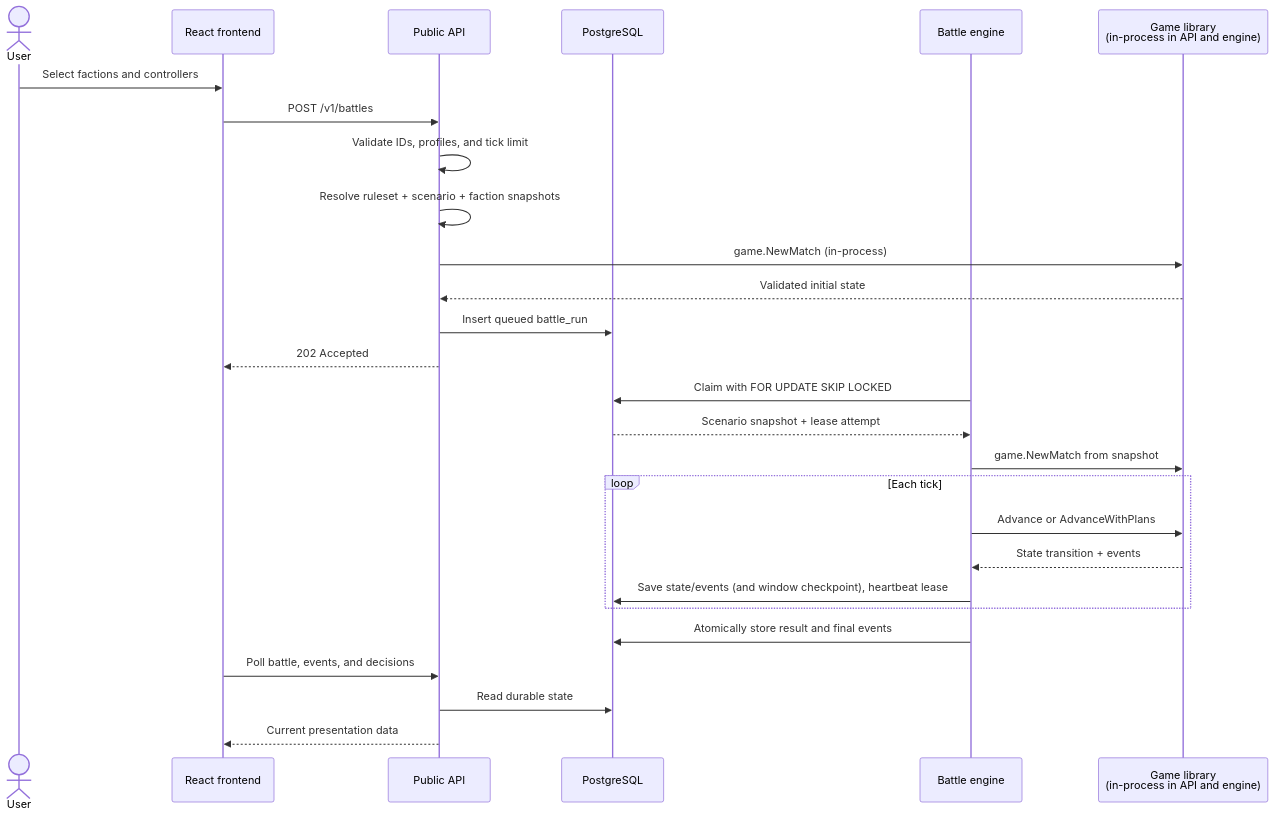
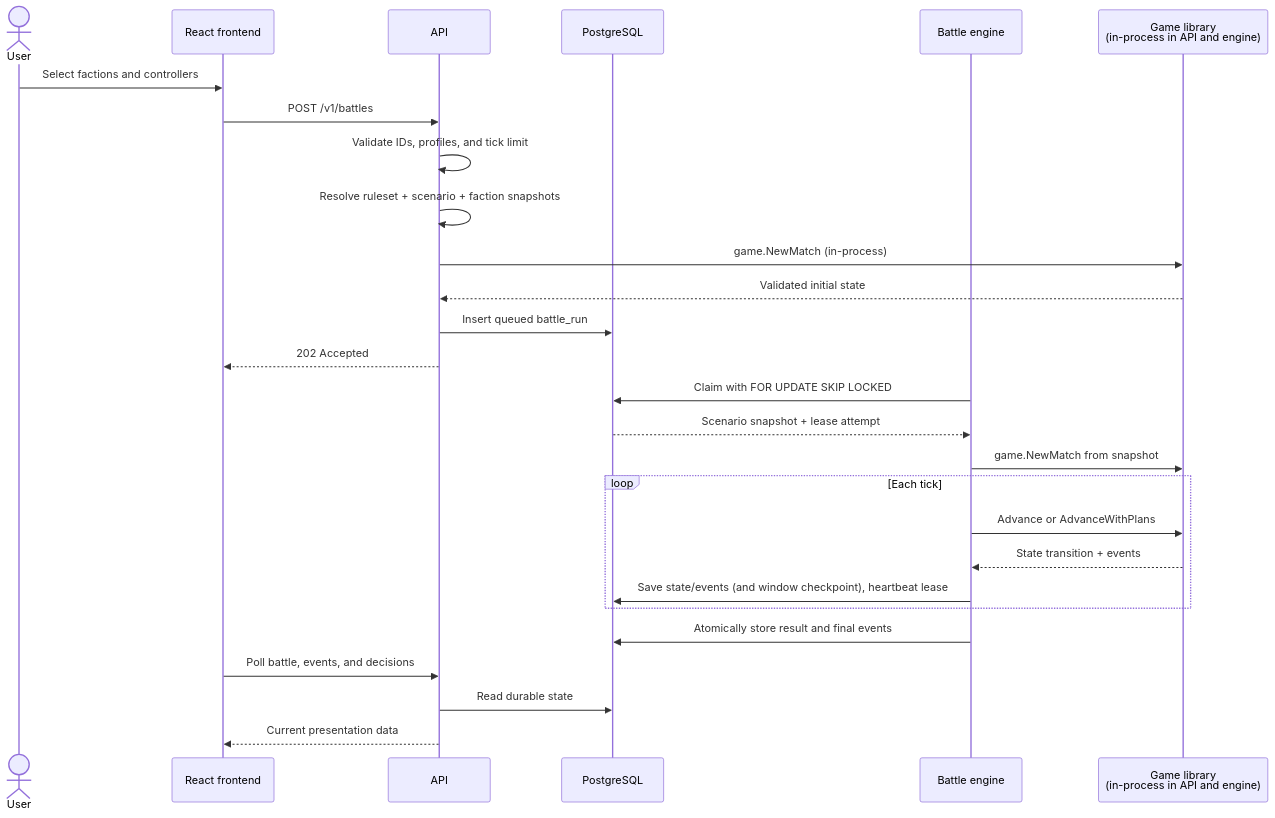
One commit to twhAuto/autonomous_battlefield changed the second of 5 diagrams in docs/architecture/system-architecture.md. Above: the diagram before and after it, drawn with Mermaid. The commit also changed other lines of this file and 1 other file, not shown here.

First line of the commit message:
AB-250: Restructure the system architecture doc to read top to bottom

````diff
--- a/docs/architecture/system-architecture.md
+++ b/docs/architecture/system-architecture.md
@@ -194,30 +231,30 @@
 ```mermaid
 sequenceDiagram
     actor User
     participant UI as React frontend
-    participant API as Public API
+    participant API as API
     participant DB as PostgreSQL
     participant Engine as Battle engine
     participant Match as Game library<br/>(in-process in API and engine)
 
     User->>UI: Select factions and controllers
     UI->>API: POST /v1/battles
     API->>API: Validate IDs, profiles, and tick limit
     API->>API: Resolve ruleset + scenario + faction snapshots
     API->>Match: game.NewMatch (in-process)
     Match-->>API: Validated initial state
     API->>DB: Insert queued battle_run
     API-->>UI: 202 Accepted
     Engine->>DB: Claim with FOR UPDATE SKIP LOCKED
     DB-->>Engine: Scenario snapshot + lease attempt
     Engine->>Match: game.NewMatch from snapshot
     loop Each tick
         Engine->>Match: Advance or AdvanceWithPlans
         Match-->>Engine: State transition + events
         Engine->>DB: Save state/events (and window checkpoint), heartbeat lease
     end
     Engine->>DB: Atomically store result and final events
     UI->>API: Poll battle, events, and decisions
     API->>DB: Read durable state
     API-->>UI: Current presentation data
 ```
````
